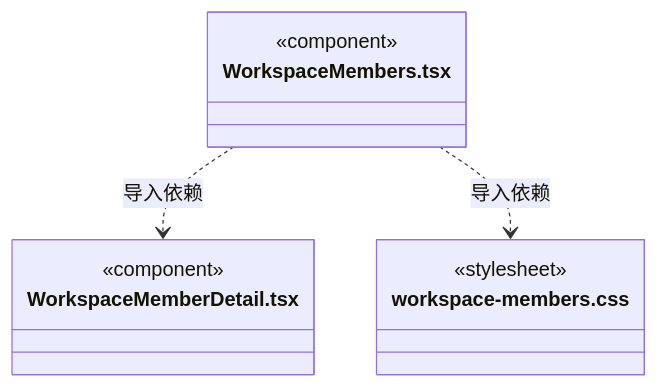
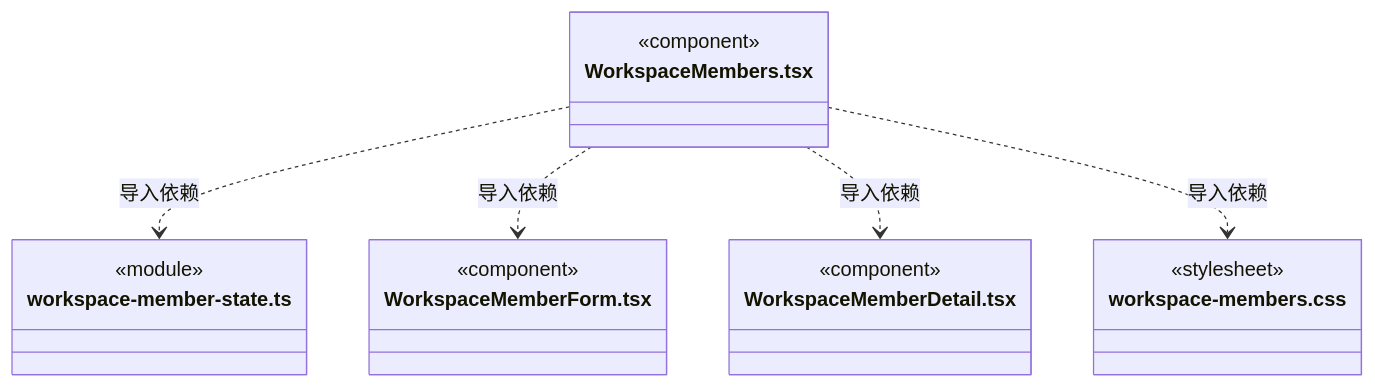
One commit to nan023062/cbim changed diagram 29 of 29 in src/view/team/ARCHITECTURE.md. Above: the diagram before and after it, drawn with Mermaid. The commit also changed other lines of this file and 13 other files, not shown here.

````diff
--- a/src/view/team/ARCHITECTURE.md
+++ b/src/view/team/ARCHITECTURE.md
@@ -515,14 +525,22 @@
 ```mermaid
 classDiagram
 class N_src_view_team_WorkspaceMembers_tsx["WorkspaceMembers.tsx"] {
+  <<component>>
+}
+class N_src_view_team_workspace_member_state_ts["workspace-member-state.ts"] {
+  <<module>>
+}
+class N_src_view_team_WorkspaceMemberForm_tsx["WorkspaceMemberForm.tsx"] {
   <<component>>
 }
 class N_src_view_team_WorkspaceMemberDetail_tsx["WorkspaceMemberDetail.tsx"] {
   <<component>>
 }
 class N_src_view_team_workspace_members_css["workspace-members.css"] {
   <<stylesheet>>
 }
+N_src_view_team_WorkspaceMembers_tsx ..> N_src_view_team_workspace_member_state_ts : 导入依赖
+N_src_view_team_WorkspaceMembers_tsx ..> N_src_view_team_WorkspaceMemberForm_tsx : 导入依赖
 N_src_view_team_WorkspaceMembers_tsx ..> N_src_view_team_WorkspaceMemberDetail_tsx : 导入依赖
 N_src_view_team_WorkspaceMembers_tsx ..> N_src_view_team_workspace_members_css : 导入依赖
 ```
````
